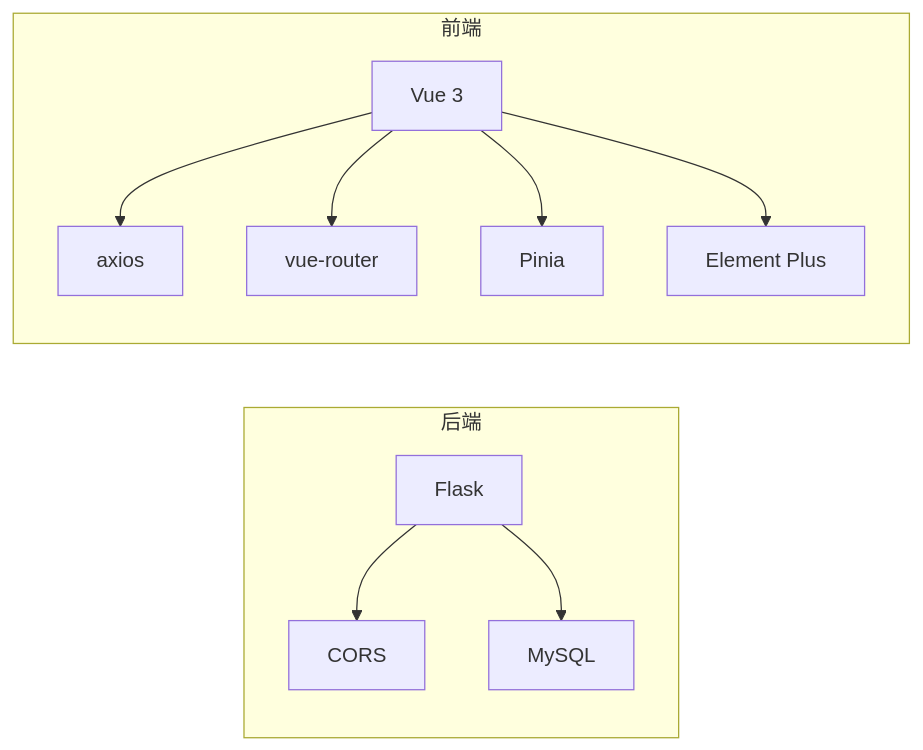
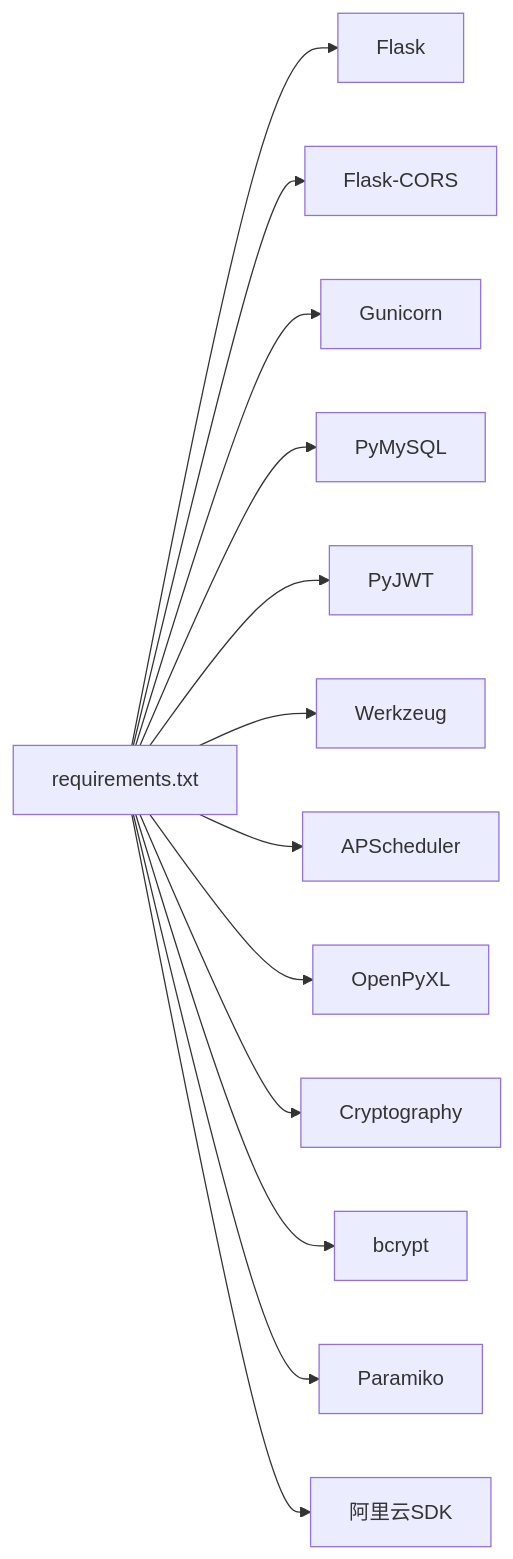
The fifth of 5 diagrams in .qoder/repowiki/zh/content/项目概述/项目概述.md (ismine3/OPS), drawn with Mermaid before and after one commit. The commit also changed other lines of this file and 157 other files, not shown here.

````diff
--- a/.qoder/repowiki/zh/content/项目概述/项目概述.md
+++ b/.qoder/repowiki/zh/content/项目概述/项目概述.md
@@ -290,21 +243,15 @@
 ```mermaid
 graph LR
-subgraph "后端"
-FL["Flask"]
-CO["CORS"]
-DB["MySQL"]
-end
-subgraph "前端"
-VUE["Vue 3"]
-EP["Element Plus"]
-PIN["Pinia"]
-VR["vue-router"]
-AX["axios"]
-end
-VUE --> AX
-VUE --> VR
-VUE --> PIN
-VUE --> EP
-FL --> CO
-FL --> DB
+R["requirements.txt"] --> F["Flask"]
+R --> C["Flask-CORS"]
+R --> G["Gunicorn"]
+R --> P["PyMySQL"]
+R --> J["PyJWT"]
+R --> W["Werkzeug"]
+R --> A["APScheduler"]
+R --> O["OpenPyXL"]
+R --> Y["Cryptography"]
+R --> B["bcrypt"]
+R --> K["Paramiko"]
+R --> L["阿里云SDK"]
 ```
````
